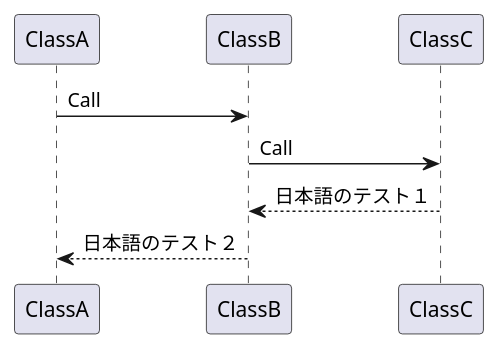
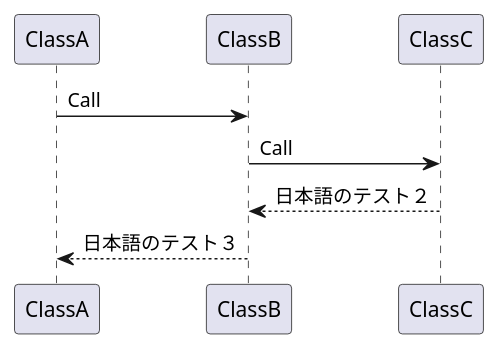
Before and after one commit to h1romas4/asciidoctor-gradle-template: the diagram in src/docs/asciidoc/Chapter03/index.adoc, drawn with PlantUML. The commit also changed 5 other files, not shown here.

```diff
--- a/src/docs/asciidoc/Chapter03/index.adoc
+++ b/src/docs/asciidoc/Chapter03/index.adoc
@@ -199,9 +199,9 @@
 [plantuml, diag-sequence-sample, png]
 ----
 @startuml
 ClassA -> ClassB: Call
 ClassB -> ClassC: Call
-ClassC --> ClassB: 日本語のテスト１
-ClassB --> ClassA: 日本語のテスト２
+ClassC --> ClassB: 日本語のテスト２
+ClassB --> ClassA: 日本語のテスト３
 @enduml
 ----
```
